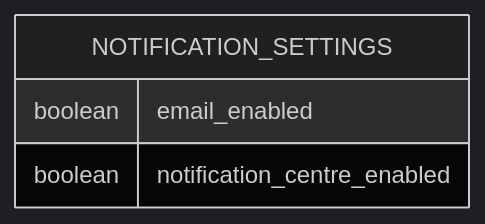
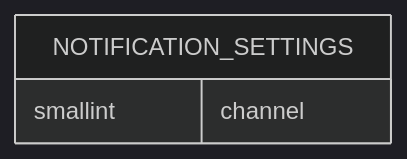
One commit to zalyoung/gitlab-handbook changed the second of 3 diagrams in content/handbook/engineering/architecture/design-documents/notifications/_index.md. Above: the diagram before and after it, drawn with Mermaid (dark theme). The commit also changed other lines of this file, not shown here.

Commit message:
Add new notification settings column and approach

````diff
--- a/content/handbook/engineering/architecture/design-documents/notifications/_index.md
+++ b/content/handbook/engineering/architecture/design-documents/notifications/_index.md
@@ -139,7 +139,6 @@
 ```mermaid
 erDiagram
   NOTIFICATION_SETTINGS {
-        boolean email_enabled
-        boolean notification_centre_enabled
+        smallint channel
     }
 ```
````
